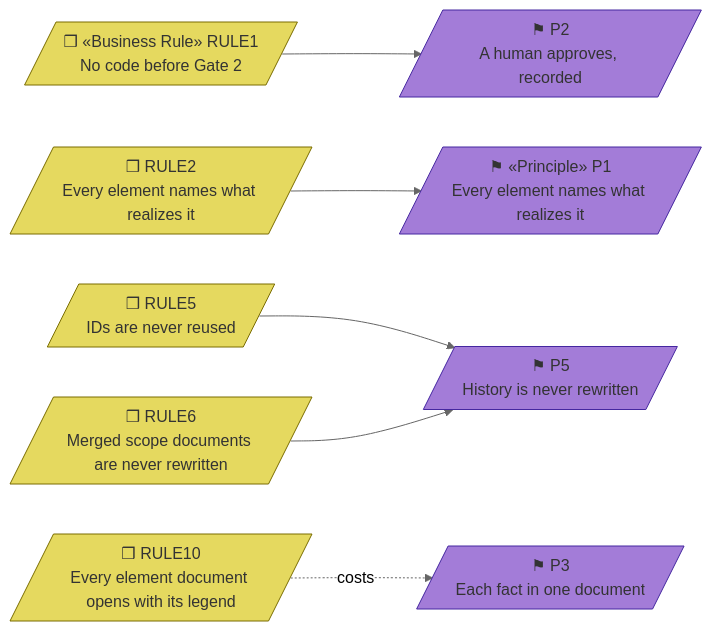
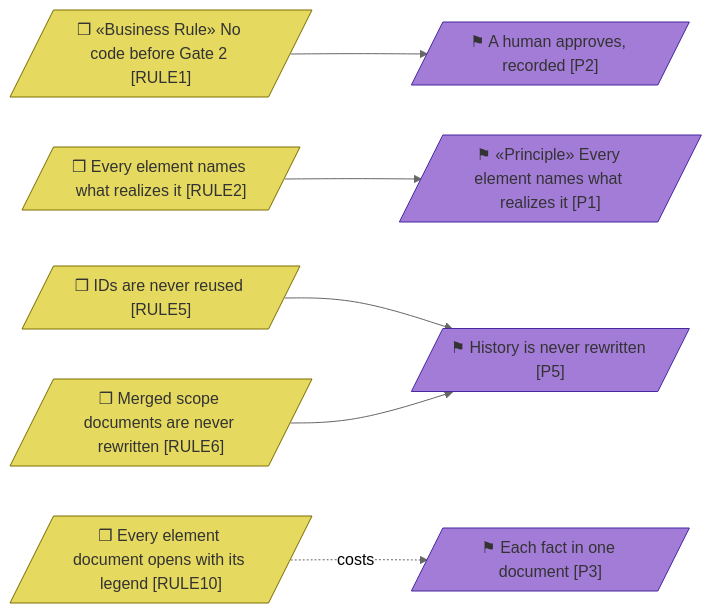
One commit to roanboc/architecture-archreator changed the third of 4 diagrams in product-archreator/architecture/2_business/2_business-services.md. Above: the diagram before and after it, drawn with Mermaid (neutral theme). The commit also changed other lines of this file and 38 other files, not shown here.

````diff
--- a/product-archreator/architecture/2_business/2_business-services.md
+++ b/product-archreator/architecture/2_business/2_business-services.md
@@ -88,22 +88,22 @@
 ```mermaid
 flowchart LR
-  rule1[/"❒ «Business Rule» RULE1<br>No code before Gate 2"/]:::rule
-  rule2[/"❒ RULE2<br>Every element names what realizes it"/]:::rule
-  rule5[/"❒ RULE5<br>IDs are never reused"/]:::rule
-  rule6[/"❒ RULE6<br>Merged scope documents are never rewritten"/]:::rule
-  rule10[/"❒ RULE10<br>Every element document opens with its legend"/]:::rule
+  rule1[/"❒ «Business Rule» No code before Gate 2 [RULE1]"/]:::rule
+  rule2[/"❒ Every element names what realizes it [RULE2]"/]:::rule
+  rule5[/"❒ IDs are never reused [RULE5]"/]:::rule
+  rule6[/"❒ Merged scope documents are never rewritten [RULE6]"/]:::rule
+  rule10[/"❒ Every element document opens with its legend [RULE10]"/]:::rule
 
-  p1[/"⚑ «Principle» P1<br>Every element names what realizes it"/]:::principle
-  p2[/"⚑ P2<br>A human approves, recorded"/]:::principle
-  p5[/"⚑ P5<br>History is never rewritten"/]:::principle
-  p3[/"⚑ P3<br>Each fact in one document"/]:::principle
+  p1[/"⚑ «Principle» Every element names what realizes it [P1]"/]:::principle
+  p2[/"⚑ A human approves, recorded [P2]"/]:::principle
+  p5[/"⚑ History is never rewritten [P5]"/]:::principle
+  p3[/"⚑ Each fact in one document [P3]"/]:::principle
 
   rule1 --> p2
   rule2 --> p1
   rule5 --> p5
   rule6 --> p5
   rule10 -.->|costs| p3
 
   classDef rule fill:#e5d95f,stroke:#7a6c00,color:#333
   classDef principle fill:#a37cd8,stroke:#4527a0,color:#333
 ```
````
